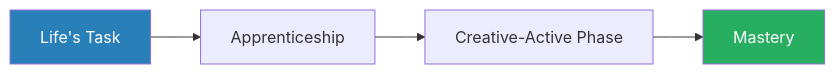
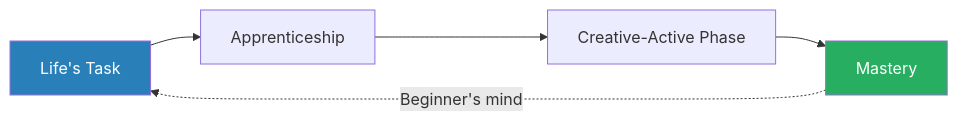
The first of 5 diagrams in summaries/Robert Greene Canon/Interviews with the Masters - Robert Greene.md (alius33/reader), drawn with Mermaid before and after one commit. The commit also changed other lines of this file and 272 other files, not shown here.

````diff
--- a/summaries/Robert Greene Canon/Interviews with the Masters - Robert Greene.md
+++ b/summaries/Robert Greene Canon/Interviews with the Masters - Robert Greene.md
@@ -63,8 +69,9 @@
 ```mermaid
 flowchart LR
     A[Life's Task] --> B[Apprenticeship]
     B --> C[Creative-Active Phase]
     C --> D[Mastery]
+    D -.->|"Beginner's mind"| A
     style A fill:#2980b9,color:#fff
     style D fill:#27ae60,color:#fff
 ```
````
